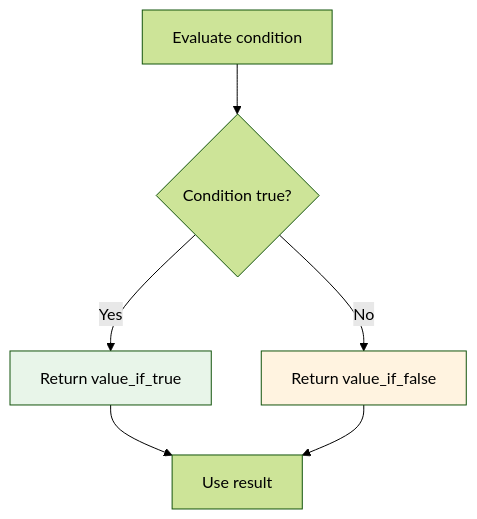
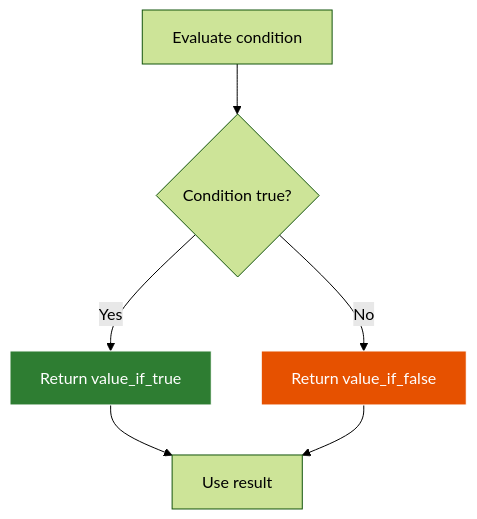
Before and after one commit to specialized806/jaseci: the first of 3 diagrams in jac/examples/reference/expressions.md, drawn with Mermaid (forest theme). The commit also changed other lines of this file and 13 other files, not shown here.

Commit message:
imporve spec diagram styles

````diff
--- a/jac/examples/reference/expressions.md
+++ b/jac/examples/reference/expressions.md
@@ -24,11 +24,11 @@
 ```mermaid
 graph TD
     A[Evaluate condition] --> B{Condition true?}
     B -->|Yes| C[Return value_if_true]
     B -->|No| D[Return value_if_false]
     C --> E[Use result]
     D --> E
 
-    style C fill:#e8f5e9
-    style D fill:#fff3e0
+    style C fill:#2e7d32,stroke:#fff,color:#fff
+    style D fill:#e65100,stroke:#fff,color:#fff
 ```
````
